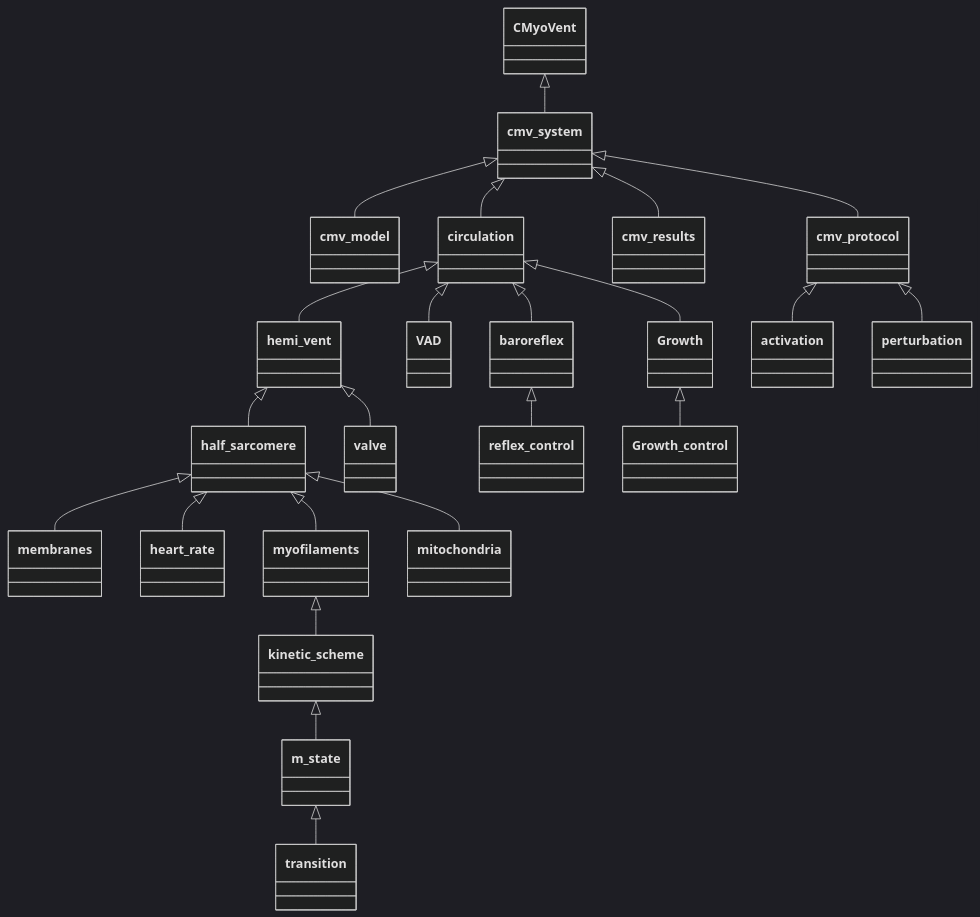
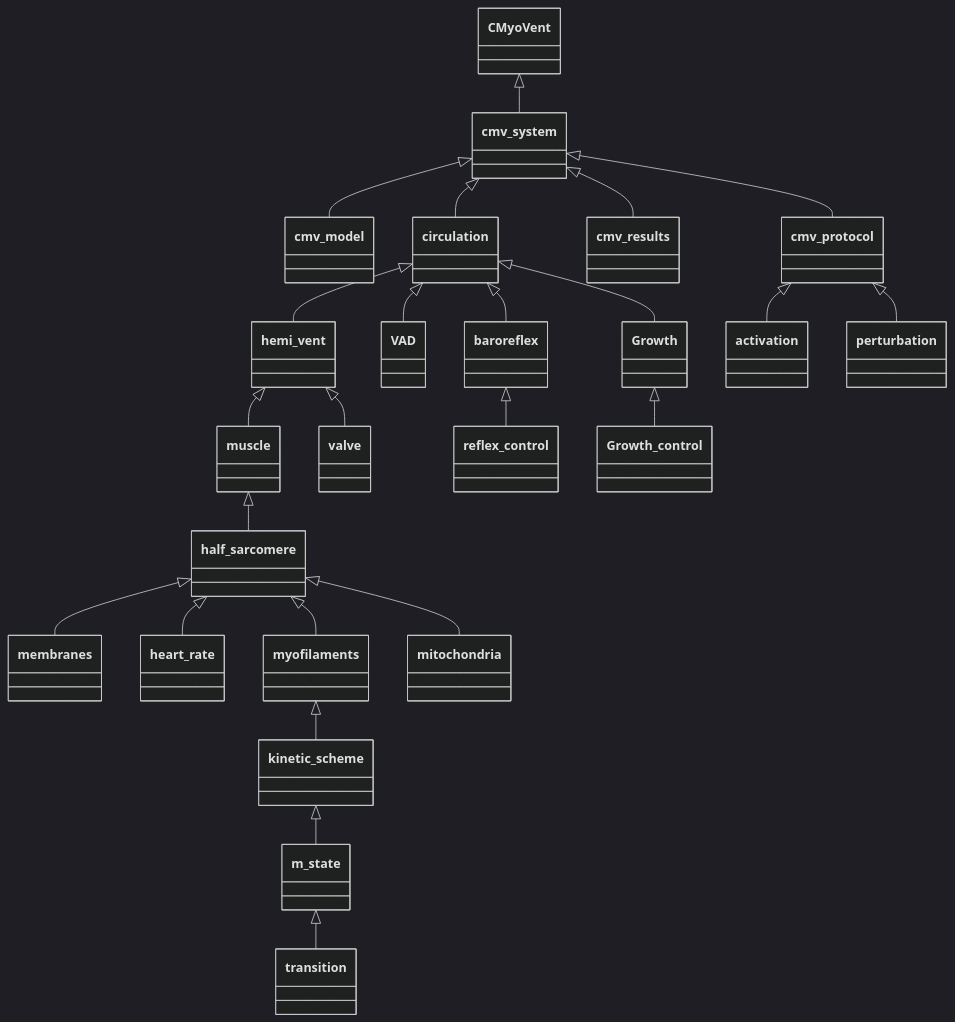
Before and after one commit to Campbell-Muscle-Lab/MyoVent: the diagram in README.md, drawn with Mermaid (dark theme). The commit also changed 43 other files, not shown here.

`````diff
--- a/README.md
+++ b/README.md
@@ -3,79 +3,80 @@
 ````mermaid
 
 classDiagram
 
     CMyoVent <|-- cmv_system
     cmv_system <|-- cmv_model
     cmv_system <|-- cmv_protocol
     cmv_system <|-- cmv_results
     cmv_system <|-- circulation
     circulation <|-- hemi_vent
     circulation <|-- VAD
     circulation <|-- baroreflex
     circulation <|-- Growth
-    hemi_vent <|-- half_sarcomere
+    hemi_vent <|-- muscle
     hemi_vent <|-- valve
+    muscle <|-- half_sarcomere
     half_sarcomere <|-- membranes
     half_sarcomere <|-- heart_rate
     half_sarcomere <|-- myofilaments
     half_sarcomere <|-- mitochondria
     myofilaments <|--kinetic_scheme
     kinetic_scheme <|-- m_state
     m_state <|-- transition
     baroreflex <|-- reflex_control
     Growth <|-- Growth_control
     cmv_protocol <|-- activation
     cmv_protocol <|-- perturbation
     
     %% cmv_system: + *cmv_model p_cmv_model
     %% cmv_system: + run_simulation()
 
     %% circulation: +circ_blood_volume
     %% circulation: +circ_no_of_compartments
     %% circulation: +circ_resistance[]
     %% circulation: +circ_compliance[]
     %% circulation: +circ_slack_volume[]
     %% circulation: +circ_inertance[]
     %% circulation: +circ_pressure[]
     %% circulation: +circ_volume[]
     %% circulation: +circ_flow[]
     %% circulation: +circ_total_slack_volume
 
     %% cmv_results: +no_of_time_points
     %% cmv_results: +no_of_beats
     %% cmv_results: +last_beat_t_index
     %% cmv_results: +field_indices_[many]
 
     %% hemi_vent: +vent_wall_density
     %% hemi_vent: +vent_wall_volume
     %% hemi_vent: +vent_chamber_volume
     %% hemi_vent: +vent_chamber_pressure
     %% hemi_vent: +vent_wall_thickness
     %% hemi_vent: +vent_n_hs
     %% hemi_vent: +vent_circumference
     %% hemi_vent: +vent_stroke_work_J
     %% hemi_vent: +vent_energy_used_J
     %% hemi_vent: +vent_efficiency
     %% hemi_vent: +vent_ATP_used_per_s
 
     %% half_sarcomere: + hs_prop_fibrosis
     %% half_sarcomere: + hs_prop_myofilaments
     %% half_sarcomere: + hs_length
     %% half_sarcomere: + hs_stress
     %% half_sarcomere: + hs_ATP_concentration
     %% half_sarcomere: + hs_delta_G_ATP
 
     %% valve: + valve_pos
     %% valve: + valve_vel
     %% valve: + valve_name
     %% valve: + valve_mass
     %% valve: + valve_eta
     %% valve: + valve_k
 
     %% mitochondria: + volume
     %% mitochondria: + mito_ATP_generation_rate
     %% mitochondria: + mito_ATP_generated_M_per_s
 
 
 
 ````
`````
